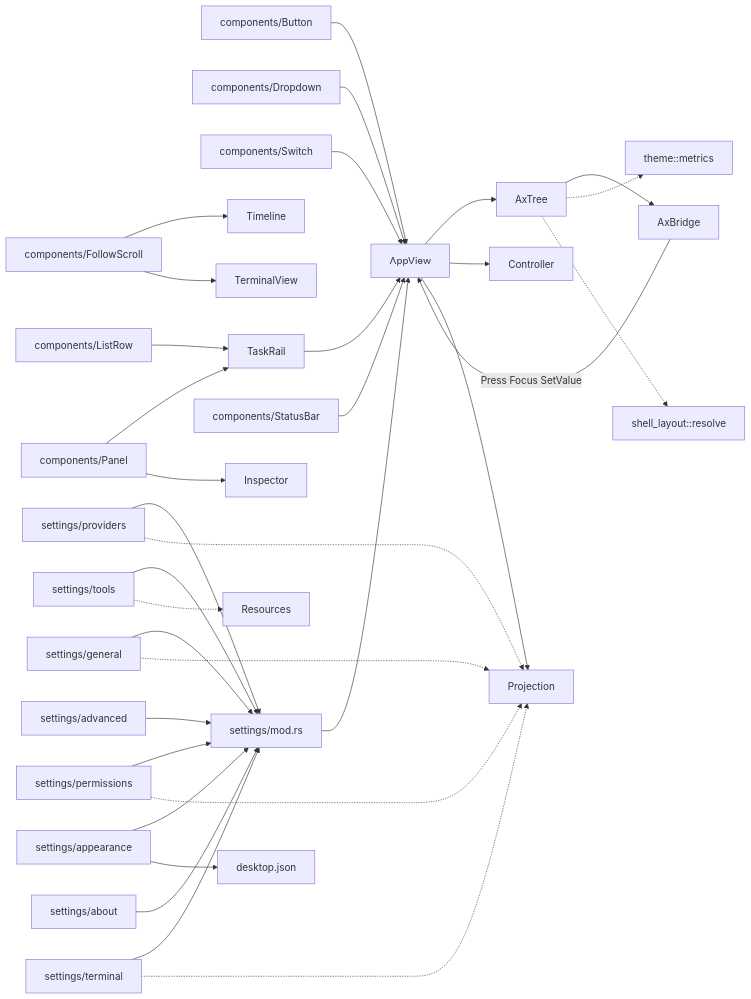
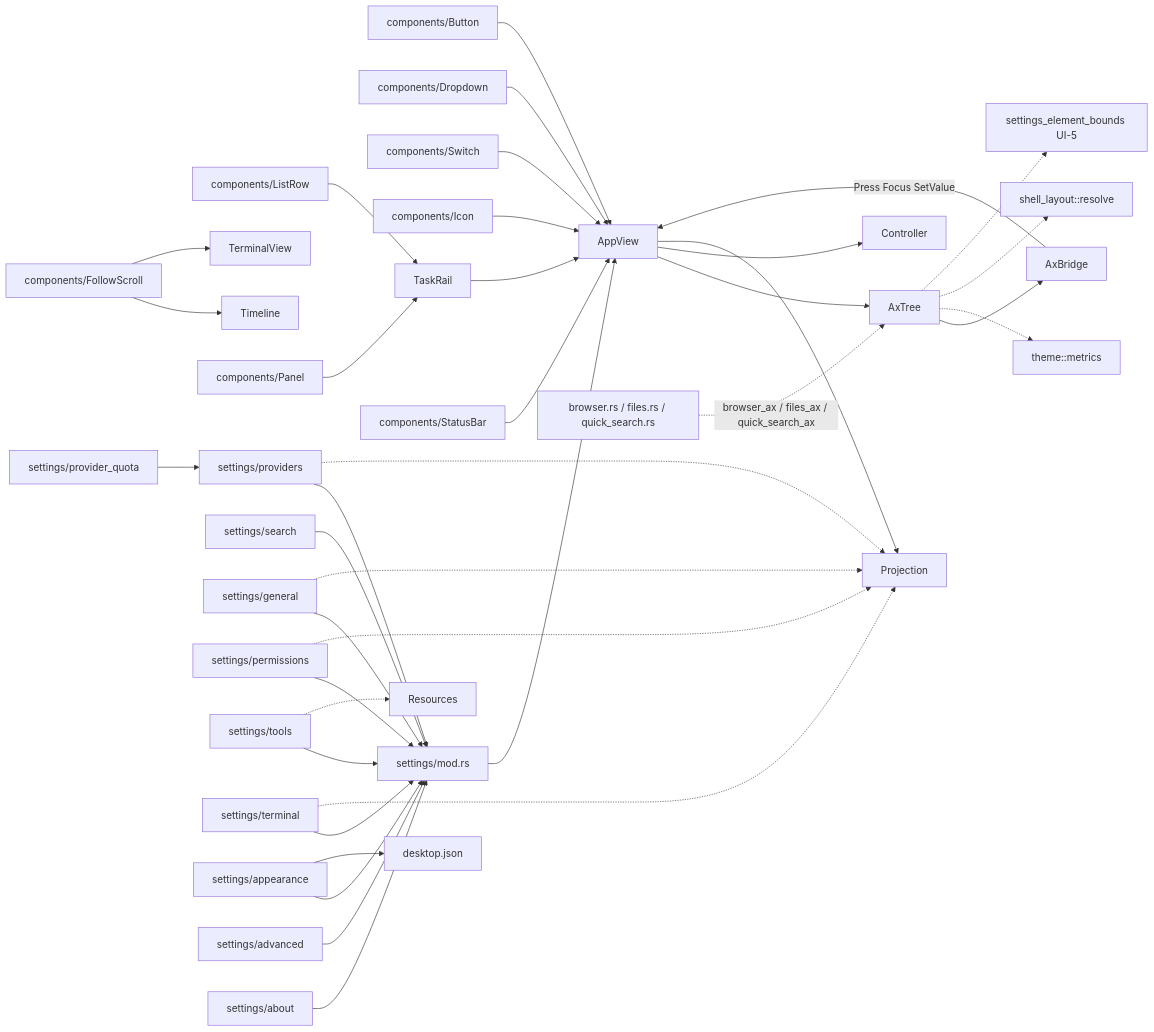
One commit to expcat/Pawork changed the diagram in docs/review/frontend/components-settings.md. Above: the diagram before and after it, drawn with Mermaid. The commit also changed other lines of this file and 139 other files, not shown here.

````diff
--- a/docs/review/frontend/components-settings.md
+++ b/docs/review/frontend/components-settings.md
@@ -419,35 +484,39 @@
 ```mermaid
 graph LR
   Button[components/Button] --> AppView
   Dropdown[components/Dropdown] --> AppView
   Switch[components/Switch] --> AppView
+  Icon[components/Icon] --> AppView
   ListRow[components/ListRow] --> TaskRail
   FollowScroll[components/FollowScroll] --> Timeline
   FollowScroll --> TerminalView
   StatusBar[components/StatusBar] --> AppView
   Panel[components/Panel] --> TaskRail
-  Panel --> Inspector
   TaskRail --> AppView
   SettingsShell[settings/mod.rs] --> AppView
   ProvidersPage[settings/providers] --> SettingsShell
+  QuotaPage[settings/provider_quota] --> ProvidersPage
+  SearchPage[settings/search] --> SettingsShell
   NetworkPage[settings/general] --> SettingsShell
   PermissionsPage[settings/permissions] --> SettingsShell
   ToolsPage[settings/tools] --> SettingsShell
   TerminalPage[settings/terminal] --> SettingsShell
   AppearancePage[settings/appearance] --> SettingsShell
   AdvancedPage[settings/advanced] --> SettingsShell
   AboutPage[settings/about] --> SettingsShell
   AppView --> AxTree
   AxTree --> AxBridge
   AxBridge -->|Press Focus SetValue| AppView
   AppView --> Controller
   AppView --> Projection
   ProvidersPage -.-> Projection
   NetworkPage -.-> Projection
   PermissionsPage -.-> Projection
   ToolsPage -.-> Resources
   TerminalPage -.-> Projection
   AppearancePage --> DesktopJson[desktop.json]
+  BrowserFiles[browser.rs / files.rs / quick_search.rs] -.->|browser_ax / files_ax / quick_search_ax| AxTree
   AxTree -.-> ThemeMetrics[theme::metrics]
   AxTree -.-> ShellLayout[shell_layout::resolve]
+  AxTree -.-> ElementBounds[settings_element_bounds UI-5]
 ```
````
